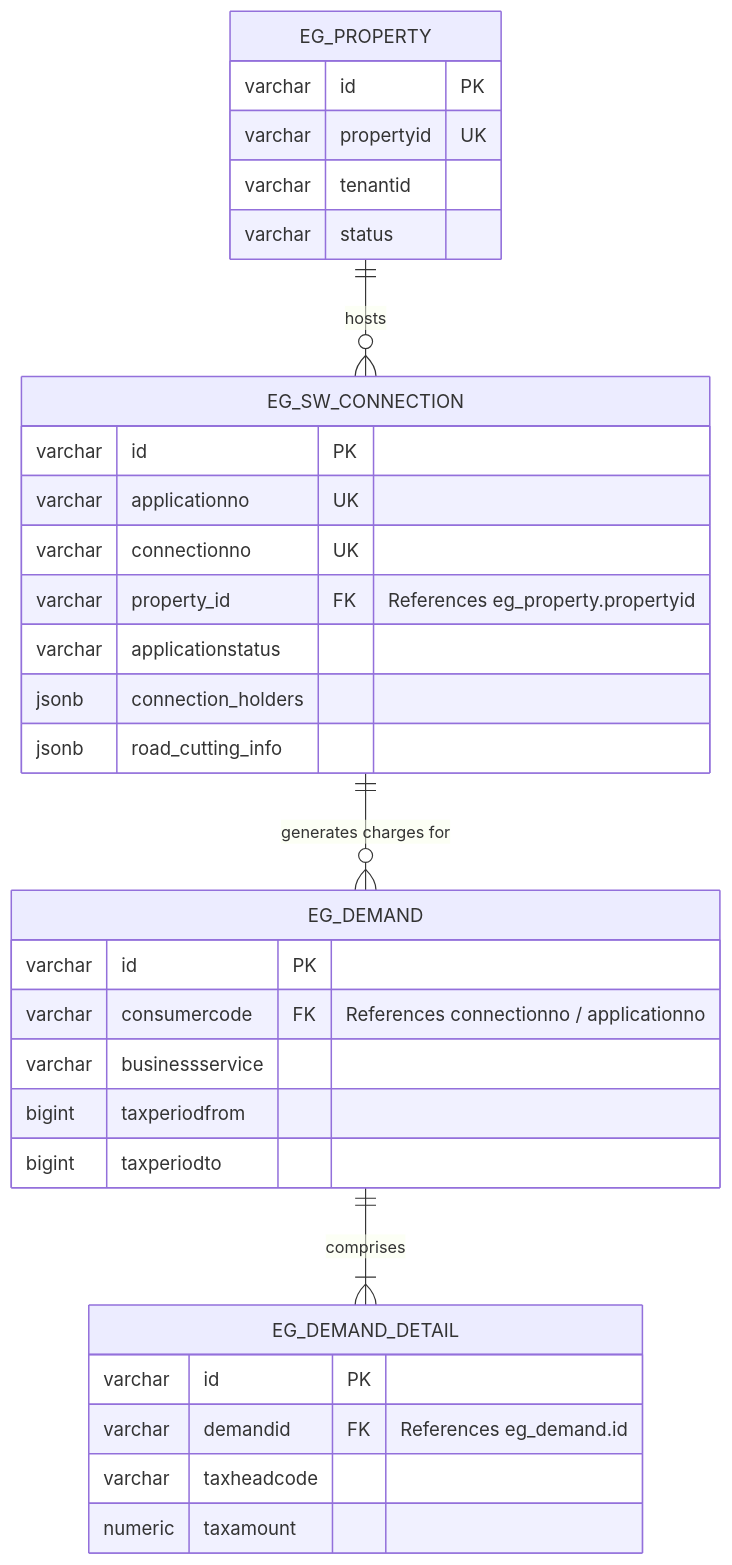
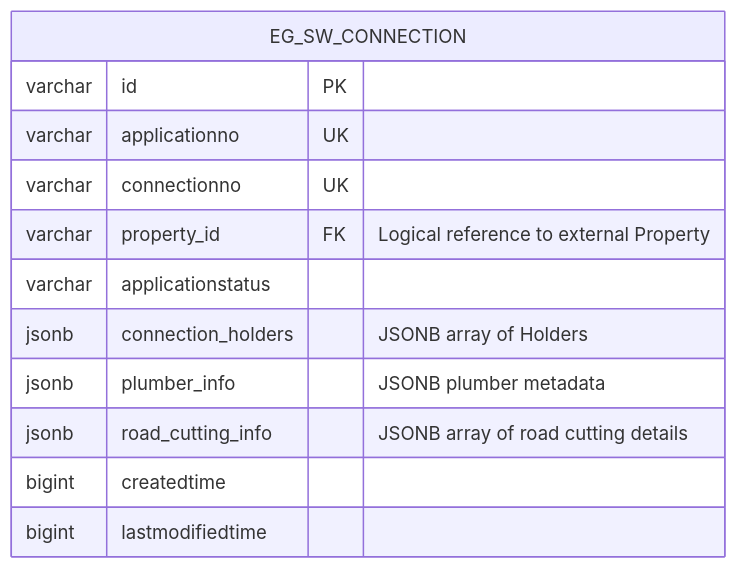
One commit to Sushant-RM/sw-services-go changed the second of 3 diagrams in docs/final_engineering_report.md. Above: the diagram before and after it, drawn with Mermaid. The commit also changed other lines of this file and 1 other file, not shown here.

Commit message:
docs: remove speculative gateways, K8s HA, and complex ERD relationships to align strictly with real work completed

````diff
--- a/docs/final_engineering_report.md
+++ b/docs/final_engineering_report.md
@@ -54,35 +56,15 @@
 ```mermaid
 erDiagram
-    EG_PROPERTY {
-        varchar id PK
-        varchar propertyid UK
-        varchar tenantid
-        varchar status
-    }
     EG_SW_CONNECTION {
         varchar id PK
         varchar applicationno UK
         varchar connectionno UK
-        varchar property_id FK "References eg_property.propertyid"
+        varchar property_id FK "Logical reference to external Property"
         varchar applicationstatus
-        jsonb connection_holders
-        jsonb road_cutting_info
+        jsonb connection_holders "JSONB array of Holders"
+        jsonb plumber_info "JSONB plumber metadata"
+        jsonb road_cutting_info "JSONB array of road cutting details"
+        bigint createdtime
+        bigint lastmodifiedtime
     }
-    EG_DEMAND {
-        varchar id PK
-        varchar consumercode FK "References connectionno / applicationno"
-        varchar businessservice
-        bigint taxperiodfrom
-        bigint taxperiodto
-    }
-    EG_DEMAND_DETAIL {
-        varchar id PK
-        varchar demandid FK "References eg_demand.id"
-        varchar taxheadcode
-        numeric taxamount
-    }
-
-    EG_PROPERTY ||--o{ EG_SW_CONNECTION : "hosts"
-    EG_SW_CONNECTION ||--o{ EG_DEMAND : "generates charges for"
-    EG_DEMAND ||--|{ EG_DEMAND_DETAIL : "comprises"
 ```
````
